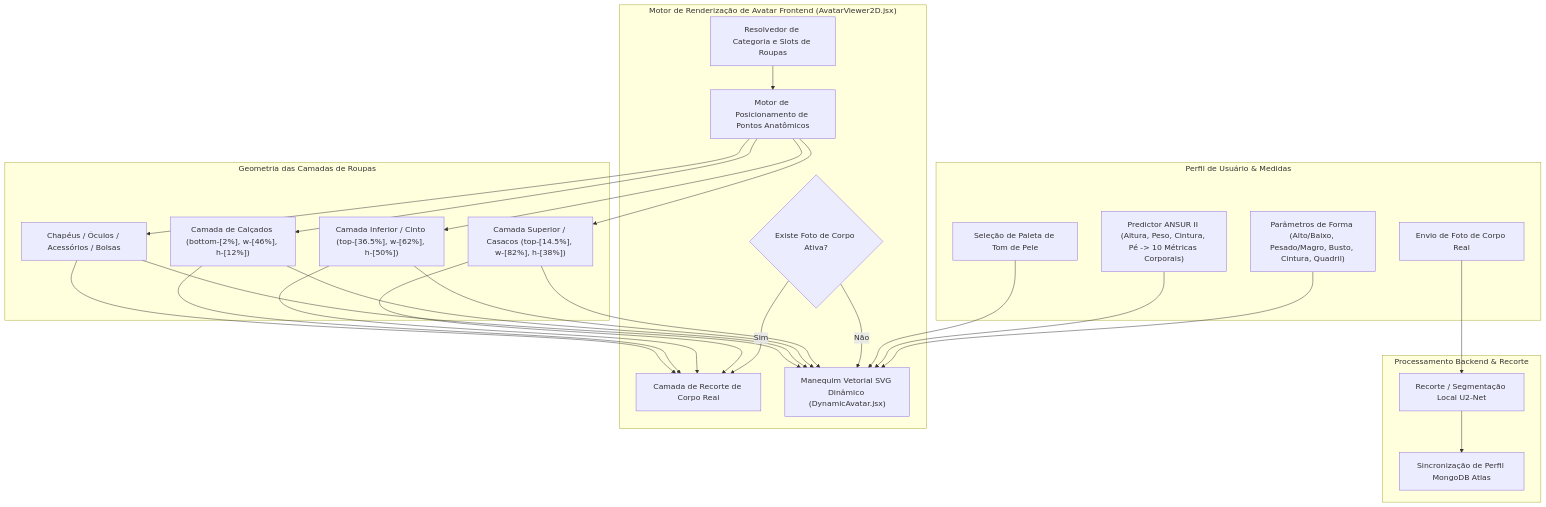
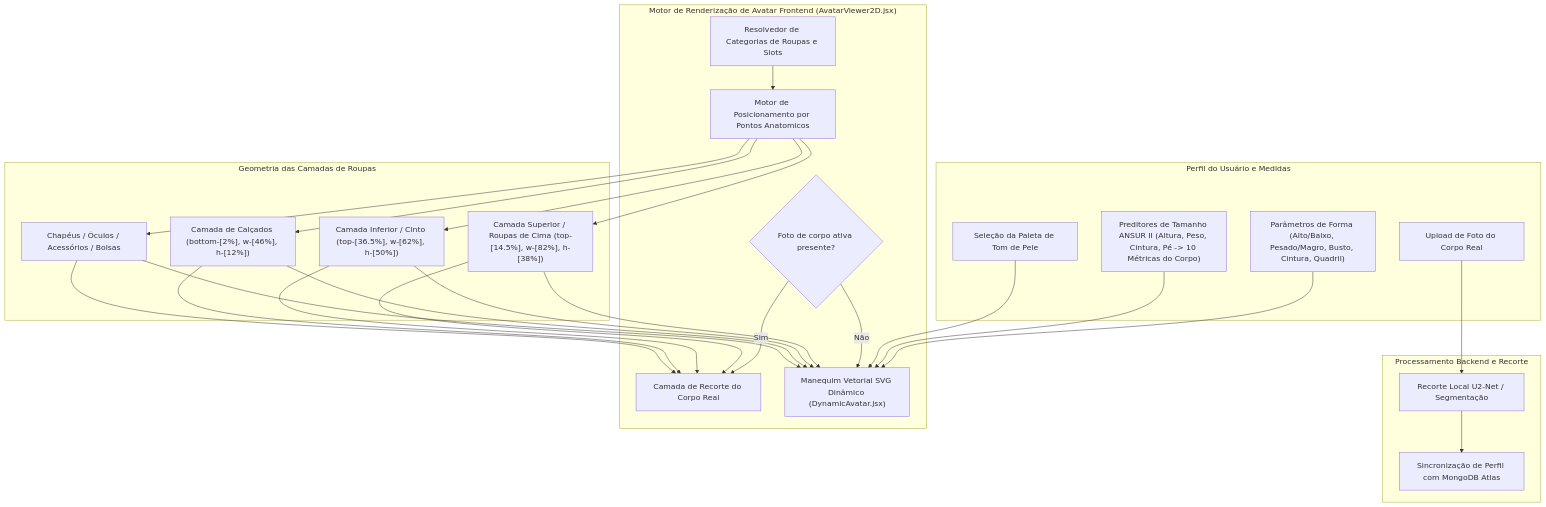
Before and after one commit to Yoram-Jacobs/DressAppV1: the diagram in wiki/pt/Avatar.md, drawn with Mermaid. The commit also changed other lines of this file and 11 other files, not shown here.

Commit message:
docs(i18n): translate Avatar.md architecture guide across all 12 supported languages

````diff
--- a/wiki/pt/Avatar.md
+++ b/wiki/pt/Avatar.md
@@ -17,41 +17,41 @@
 ```mermaid
 flowchart TD
-    subgraph UserProfile["Perfil de Usuário & Medidas"]
-        U_Photo["Envio de Foto de Corpo Real"]
-        U_Tone["Seleção de Paleta de Tom de Pele"]
+    subgraph UserProfile["Perfil do Usuário e Medidas"]
+        U_Photo["Upload de Foto do Corpo Real"]
+        U_Tone["Seleção da Paleta de Tom de Pele"]
         U_Params["Parâmetros de Forma (Alto/Baixo, Pesado/Magro, Busto, Cintura, Quadril)"]
-        U_Sizing["Predictor ANSUR II (Altura, Peso, Cintura, Pé -> 10 Métricas Corporais)"]
+        U_Sizing["Preditores de Tamanho ANSUR II (Altura, Peso, Cintura, Pé -> 10 Métricas do Corpo)"]
     end
 
-    subgraph BackendIngest["Processamento Backend & Recorte"]
-        Rembg["Recorte / Segmentação Local U2-Net"]
-        Mongo["Sincronização de Perfil MongoDB Atlas"]
+    subgraph BackendIngest["Processamento Backend e Recorte"]
+        Rembg["Recorte Local U2-Net / Segmentação"]
+        Mongo["Sincronização de Perfil com MongoDB Atlas"]
     end
 
     subgraph AvatarEngine["Motor de Renderização de Avatar Frontend (AvatarViewer2D.jsx)"]
-        ModeCheck{"Existe Foto de Corpo Ativa?"}
-        PhotoView["Camada de Recorte de Corpo Real"]
+        ModeCheck{"Foto de corpo ativa presente?"}
+        PhotoView["Camada de Recorte do Corpo Real"]
         MannequinView["Manequim Vetorial SVG Dinâmico (DynamicAvatar.jsx)"]
         
-        GarmentResolver["Resolvedor de Categoria e Slots de Roupas"]
-        LandmarkCalc["Motor de Posicionamento de Pontos Anatômicos"]
+        GarmentResolver["Resolvedor de Categorias de Roupas e Slots"]
+        LandmarkCalc["Motor de Posicionamento por Pontos Anatomicos"]
     end
 
     subgraph OverlayGeometry["Geometria das Camadas de Roupas"]
-        TopLayer["Camada Superior / Casacos (top-[14.5%], w-[82%], h-[38%])"]
+        TopLayer["Camada Superior / Roupas de Cima (top-[14.5%], w-[82%], h-[38%])"]
         BottomLayer["Camada Inferior / Cinto (top-[36.5%], w-[62%], h-[50%])"]
         ShoesLayer["Camada de Calçados (bottom-[2%], w-[46%], h-[12%])"]
         AccessoryLayers["Chapéus / Óculos / Acessórios / Bolsas"]
     end
 
     U_Photo --> Rembg --> Mongo
     U_Params & U_Sizing --> MannequinView
     U_Tone --> MannequinView
     
     ModeCheck -- Sim --> PhotoView
     ModeCheck -- Não --> MannequinView
 
     GarmentResolver --> LandmarkCalc
     LandmarkCalc --> TopLayer & BottomLayer & ShoesLayer & AccessoryLayers
     TopLayer & BottomLayer & ShoesLayer & AccessoryLayers --> PhotoView & MannequinView
 ```
````
